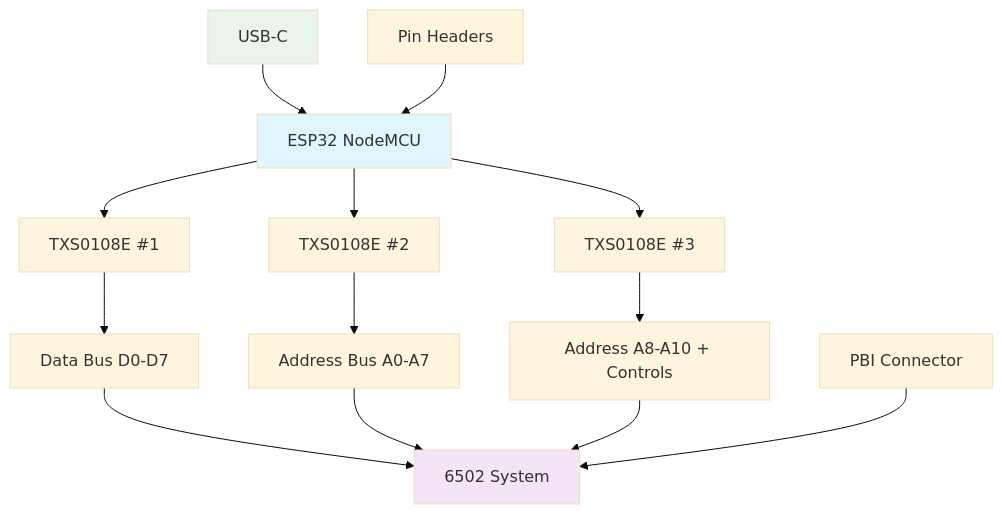
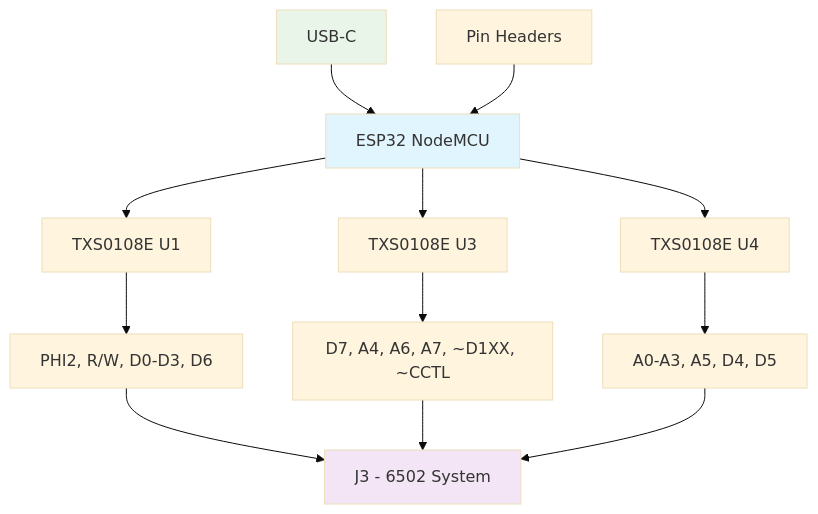
The first of 4 diagrams in README_EN.md (gianlucarenzi/ESP32-BOBOARD-5V), drawn with Mermaid (base theme) before and after one commit. The commit also changed other lines of this file and 2 other files, not shown here.

````diff
--- a/README_EN.md
+++ b/README_EN.md
@@ -162,22 +161,21 @@
 ```mermaid
 flowchart TD
-    A[ESP32 NodeMCU] --> B[TXS0108E #1]
-    A --> C[TXS0108E #2] 
-    A --> D[TXS0108E #3]
-    
-    B --> E[Data Bus D0-D7]
-    C --> F[Address Bus A0-A7]
-    D --> G[Address A8-A10 + Controls]
-    
-    E --> H[6502 System]
+    A[ESP32 NodeMCU] --> B[TXS0108E U1]
+    A --> C[TXS0108E U3]
+    A --> D[TXS0108E U4]
+
+    B --> E[PHI2, R/W, D0-D3, D6]
+    C --> F[D7, A4, A6, A7, ~D1XX, ~CCTL]
+    D --> G[A0-A3, A5, D4, D5]
+
+    E --> H[J3 - 6502 System]
     F --> H
     G --> H
-    
+
     I[USB-C] --> A
     J[Pin Headers] --> A
-    K[PBI Connector] --> H
-    
+
     style A fill:#e1f5fe
     style H fill:#f3e5f5
     style I fill:#e8f5e8
 ```
````
